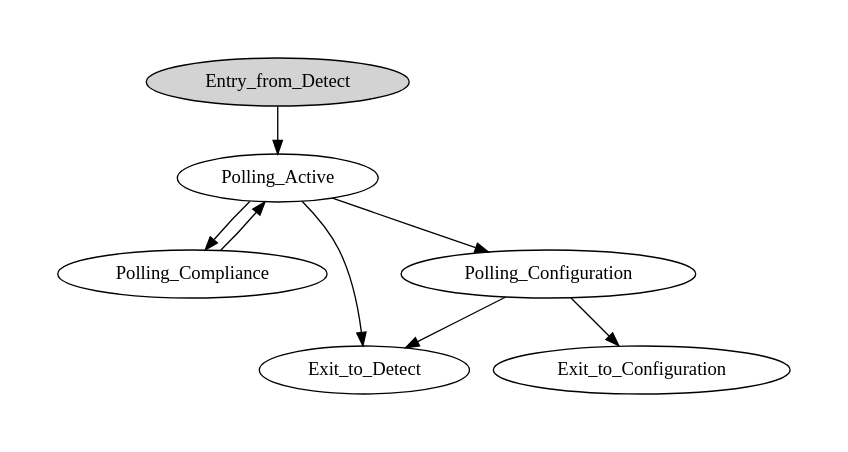
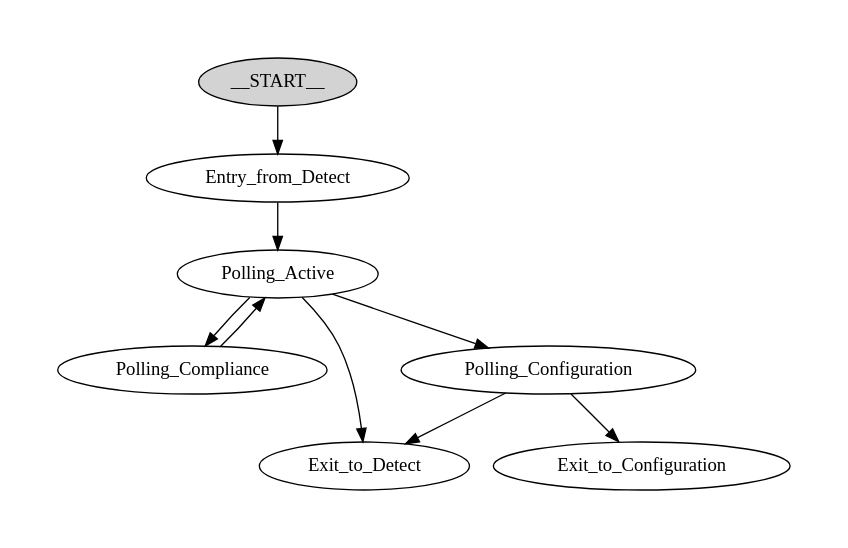
The diagram in examples/pcie_link_training/pcie_link_polling_pkg/src/sv/pcie_link_polling_graphviz.dot (stepannotuser/ugrasp_mode), drawn with Graphviz before and after one commit. The commit also changed 39 other files, not shown here.

```diff
--- a/examples/pcie_link_training/pcie_link_polling_pkg/src/sv/pcie_link_polling_graphviz.dot
+++ b/examples/pcie_link_training/pcie_link_polling_pkg/src/sv/pcie_link_polling_graphviz.dot
@@ -1,15 +1,16 @@
 // SVGraph pcie_link_polling
 // File    pcie_link_polling_graphviz.dot
 
 
 digraph pcie_link_polling {
   pad="0.5"
-  Entry_from_Detect [fillcolor=lightgrey style=filled]
+  __START__ [fillcolor=lightgrey style=filled]
   Entry_from_Detect -> Polling_Active;
   Polling_Active -> Polling_Compliance;
   Polling_Active -> Polling_Configuration;
   Polling_Active -> Exit_to_Detect;
   Polling_Compliance -> Polling_Active;
   Polling_Configuration -> Exit_to_Detect;
   Polling_Configuration -> Exit_to_Configuration;
+  __START__ -> Entry_from_Detect;
 }
```
